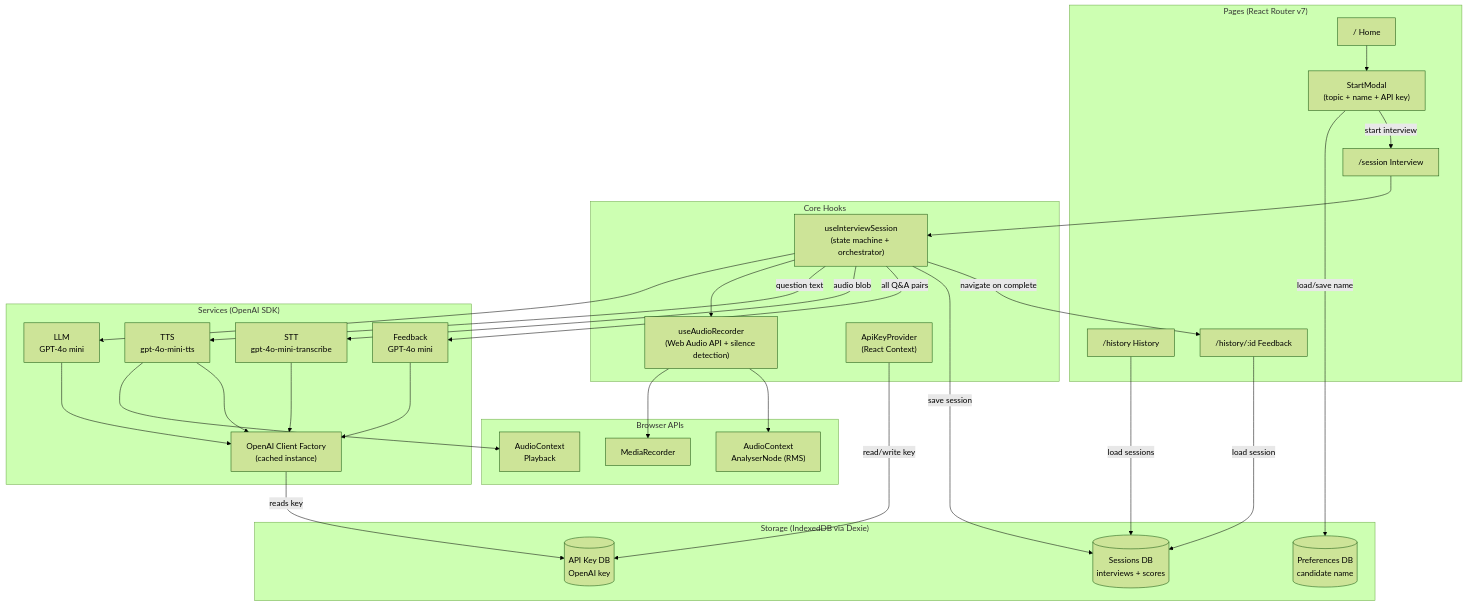
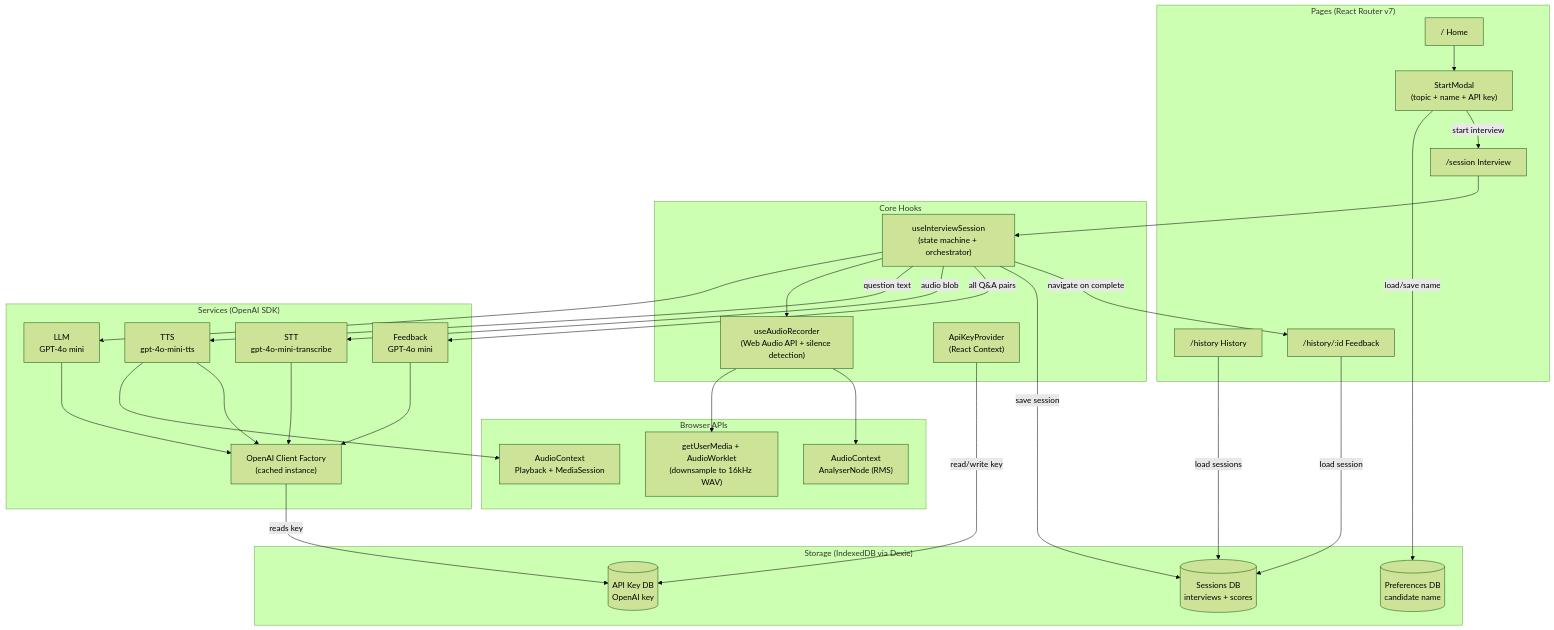
The first of 2 diagrams in README.md (rajat-mehra05/mock-feedback), drawn with Mermaid (forest theme) before and after one commit. The commit also changed other lines of this file and 52 other files, not shown here.

````diff
--- a/README.md
+++ b/README.md
@@ -44,62 +50,62 @@
 ```mermaid
 graph TB
     subgraph Pages["Pages (React Router v7)"]
         Home["/  Home"]
         StartModal["StartModal<br/>(topic + name + API key)"]
         Session["/session  Interview"]
         History["/history  History"]
         Feedback["/history/:id  Feedback"]
     end
 
     subgraph Hooks["Core Hooks"]
         useInterview["useInterviewSession<br/>(state machine + orchestrator)"]
         useAudio["useAudioRecorder<br/>(Web Audio API + silence detection)"]
         useApiKeyHook["ApiKeyProvider<br/>(React Context)"]
     end
 
     subgraph Services["Services (OpenAI SDK)"]
         OpenAIClient["OpenAI Client Factory<br/>(cached instance)"]
         LLM["LLM<br/>GPT-4o mini"]
         STT["STT<br/>gpt-4o-mini-transcribe"]
         TTS["TTS<br/>gpt-4o-mini-tts"]
         FeedbackSvc["Feedback<br/>GPT-4o mini"]
     end
 
     subgraph Storage["Storage (IndexedDB via Dexie)"]
         SessionsDB[("Sessions DB<br/>interviews + scores")]
         KeyDB[("API Key DB<br/>OpenAI key")]
         PrefsDB[("Preferences DB<br/>candidate name")]
     end
 
     subgraph Browser["Browser APIs"]
-        Mic["MediaRecorder"]
+        Mic["getUserMedia + AudioWorklet<br/>(downsample to 16kHz WAV)"]
         AudioCtx["AudioContext<br/>AnalyserNode (RMS)"]
-        AudioPlay["AudioContext<br/>Playback"]
+        AudioPlay["AudioContext<br/>Playback + MediaSession"]
     end
 
     Home --> StartModal
     StartModal -->|"load/save name"| PrefsDB
     StartModal -->|"start interview"| Session
     Session --> useInterview
     useInterview --> LLM
     useInterview --> useAudio
     useInterview -->|"question text"| TTS
     useInterview -->|"audio blob"| STT
     useInterview -->|"all Q&A pairs"| FeedbackSvc
     useInterview -->|"save session"| SessionsDB
     useInterview -->|"navigate on complete"| Feedback
 
     useAudio --> Mic
     useAudio --> AudioCtx
     TTS --> AudioPlay
 
     LLM --> OpenAIClient
     STT --> OpenAIClient
     TTS --> OpenAIClient
     FeedbackSvc --> OpenAIClient
     OpenAIClient -->|"reads key"| KeyDB
     useApiKeyHook -->|"read/write key"| KeyDB
 
     History -->|"load sessions"| SessionsDB
     Feedback -->|"load session"| SessionsDB
 ```
````
